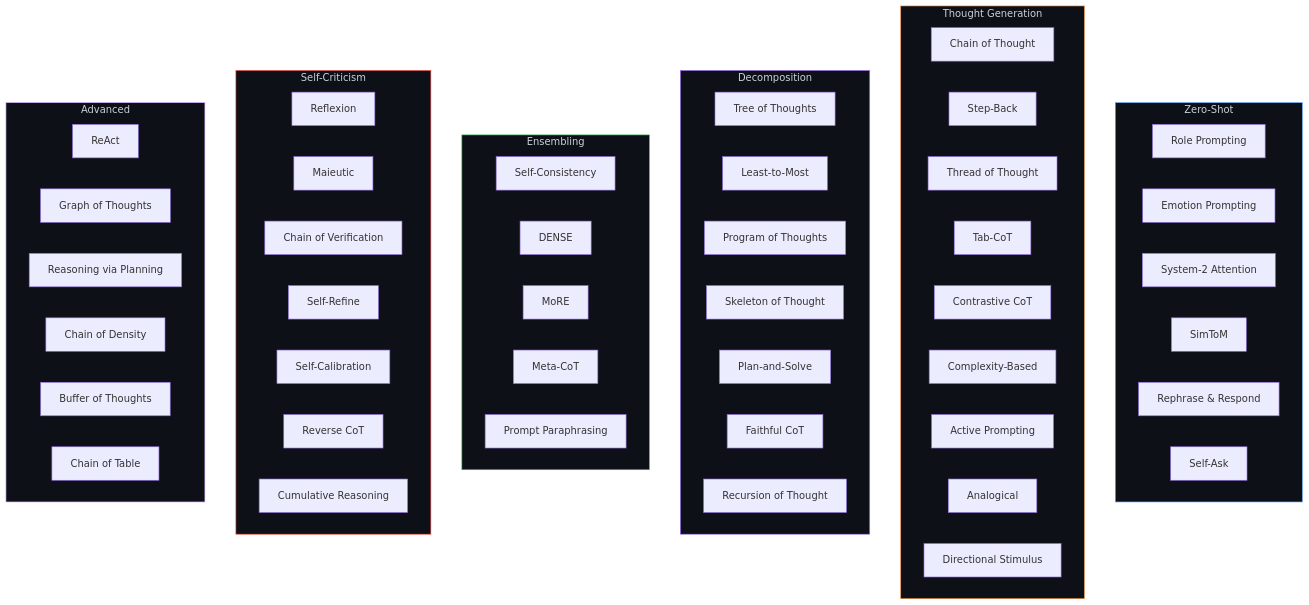
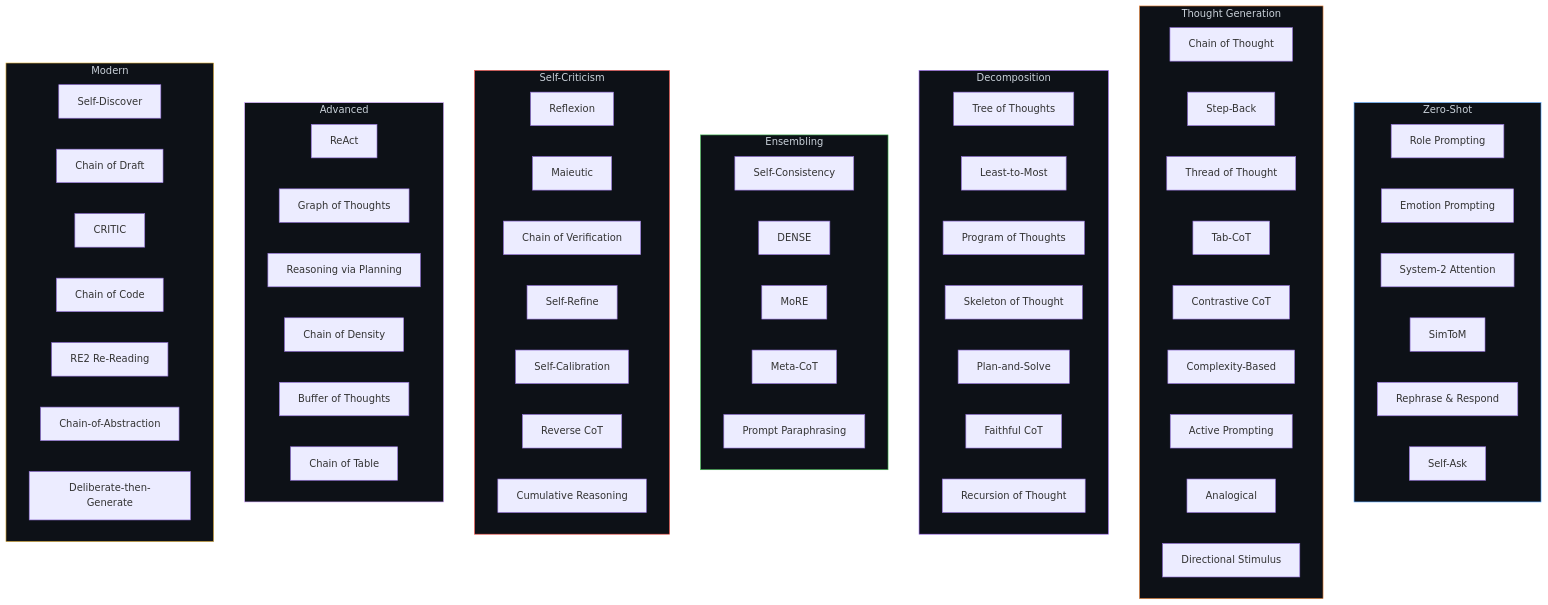
One commit to BlinkVoid/PromptCore changed the second of 3 diagrams in README.md. Above: the diagram before and after it, drawn with Mermaid. The commit also changed other lines of this file and 5 other files, not shown here.

Commit message:
feat: implement approved modern reasoning frameworks (self_discover, chain_of_draft, critic, chain_of_code, re2_re_reading, chain_of_abstraction, deliberate_then_generate)

````diff
--- a/README.md
+++ b/README.md
@@ -92,67 +92,78 @@
 ```mermaid
 graph TB
     subgraph ZS["Zero-Shot"]
         zs1["Role Prompting"]
         zs2["Emotion Prompting"]
         zs3["System-2 Attention"]
         zs4["SimToM"]
         zs5["Rephrase & Respond"]
         zs6["Self-Ask"]
     end
 
     subgraph TG["Thought Generation"]
         tg1["Chain of Thought"]
         tg2["Step-Back"]
         tg3["Thread of Thought"]
         tg4["Tab-CoT"]
         tg5["Contrastive CoT"]
         tg6["Complexity-Based"]
         tg7["Active Prompting"]
         tg8["Analogical"]
         tg9["Directional Stimulus"]
     end
 
     subgraph DC["Decomposition"]
         dc1["Tree of Thoughts"]
         dc2["Least-to-Most"]
         dc3["Program of Thoughts"]
         dc4["Skeleton of Thought"]
         dc5["Plan-and-Solve"]
         dc6["Faithful CoT"]
         dc7["Recursion of Thought"]
     end
 
     subgraph EN["Ensembling"]
         en1["Self-Consistency"]
         en2["DENSE"]
         en3["MoRE"]
         en4["Meta-CoT"]
         en5["Prompt Paraphrasing"]
     end
 
     subgraph SC["Self-Criticism"]
         sc1["Reflexion"]
         sc2["Maieutic"]
         sc3["Chain of Verification"]
         sc4["Self-Refine"]
         sc5["Self-Calibration"]
         sc6["Reverse CoT"]
         sc7["Cumulative Reasoning"]
     end
 
     subgraph AD["Advanced"]
         ad1["ReAct"]
         ad2["Graph of Thoughts"]
         ad3["Reasoning via Planning"]
         ad4["Chain of Density"]
         ad5["Buffer of Thoughts"]
         ad6["Chain of Table"]
     end
 
+    subgraph MD["Modern"]
+        md1["Self-Discover"]
+        md2["Chain of Draft"]
+        md3["CRITIC"]
+        md4["Chain of Code"]
+        md5["RE2 Re-Reading"]
+        md6["Chain-of-Abstraction"]
+        md7["Deliberate-then-Generate"]
+    end
+
     style ZS fill:#0d1117,stroke:#58a6ff,color:#c9d1d9
     style TG fill:#0d1117,stroke:#f0883e,color:#c9d1d9
     style DC fill:#0d1117,stroke:#a371f7,color:#c9d1d9
     style EN fill:#0d1117,stroke:#3fb950,color:#c9d1d9
     style SC fill:#0d1117,stroke:#f85149,color:#c9d1d9
     style AD fill:#0d1117,stroke:#d2a8ff,color:#c9d1d9
+    style MD fill:#0d1117,stroke:#e3b341,color:#c9d1d9
 ```
````
